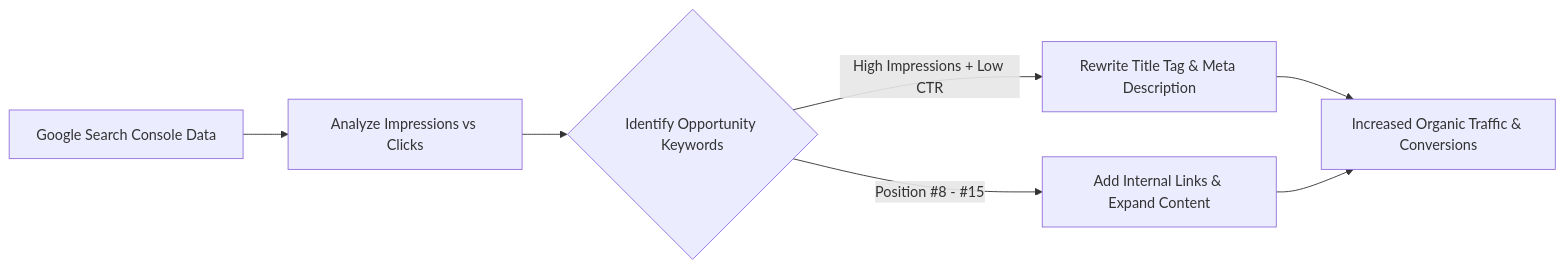
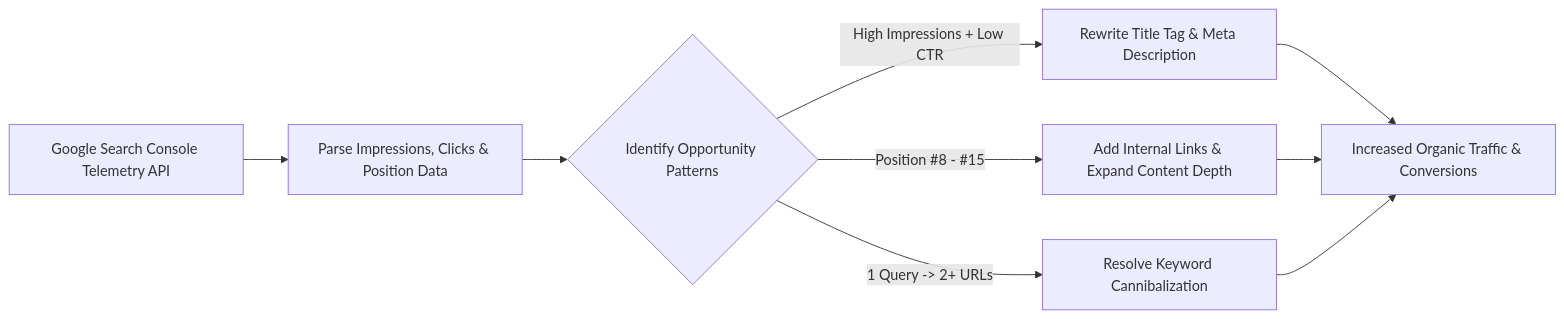
The diagram in search-console-analytics/README.md (seoerai/seo), drawn with Mermaid before and after one commit. The commit also changed other lines of this file and 4 other files, not shown here.

Commit message:
docs: expand Core Web Vitals, Internal Linking PageRank, Crawl Budget, Log Forensics and GSC Telemetry specs

````diff
--- a/search-console-analytics/README.md
+++ b/search-console-analytics/README.md
@@ -11,9 +11,11 @@
 ```mermaid
 flowchart LR
-    A[Google Search Console Data] --> B[Analyze Impressions vs Clicks]
-    B --> C{Identify Opportunity Keywords}
+    A[Google Search Console Telemetry API] --> B[Parse Impressions, Clicks & Position Data]
+    B --> C{Identify Opportunity Patterns}
     C -->|High Impressions + Low CTR| D[Rewrite Title Tag & Meta Description]
-    C -->|Position #8 - #15| E[Add Internal Links & Expand Content]
-    D --> F[Increased Organic Traffic & Conversions]
-    E --> F
+    C -->|Position #8 - #15| E[Add Internal Links & Expand Content Depth]
+    C -->|1 Query -> 2+ URLs| F[Resolve Keyword Cannibalization]
+    D --> G[Increased Organic Traffic & Conversions]
+    E --> G
+    F --> G
 ```
````
